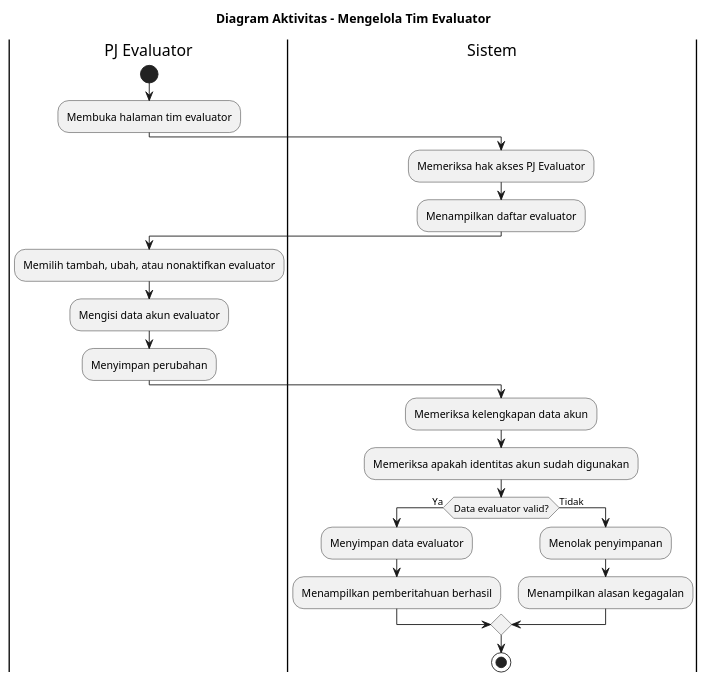
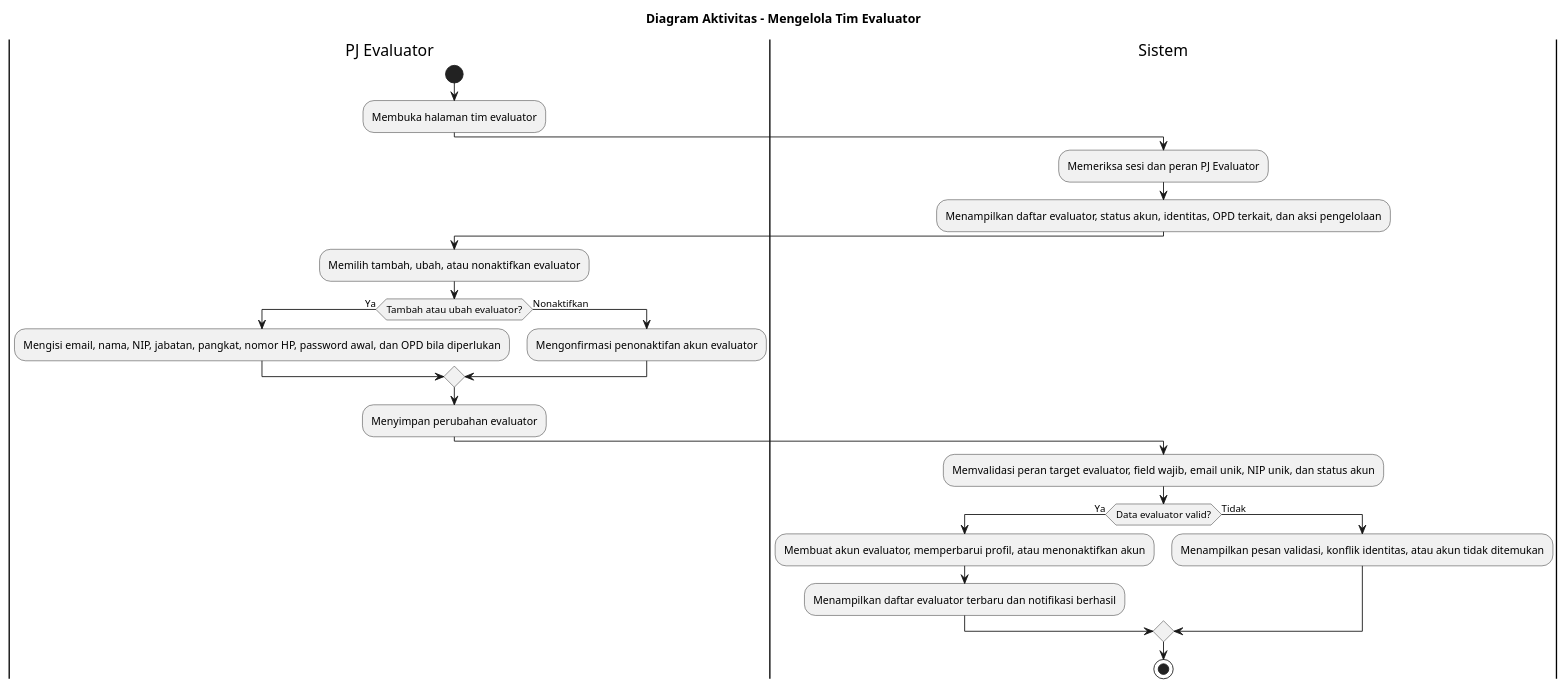
The diagram in docs/activity-diagram/lampiran/pj-evaluator-mengelola-tim-evaluator.md (howlil/sop-generate-app), drawn with PlantUML before and after one commit. The commit also changed other lines of this file and 90 other files, not shown here.

````diff
--- a/docs/activity-diagram/lampiran/pj-evaluator-mengelola-tim-evaluator.md
+++ b/docs/activity-diagram/lampiran/pj-evaluator-mengelola-tim-evaluator.md
@@ -16,31 +16,36 @@
 ```plantuml
 @startuml
 title Diagram Aktivitas - Mengelola Tim Evaluator
 
 |PJ Evaluator|
 start
 :Membuka halaman tim evaluator;
 
 |Sistem|
-:Memeriksa hak akses PJ Evaluator;
-:Menampilkan daftar evaluator;
+:Memeriksa sesi dan peran PJ Evaluator;
+:Menampilkan daftar evaluator, status akun, identitas, OPD terkait, dan aksi pengelolaan;
 
 |PJ Evaluator|
 :Memilih tambah, ubah, atau nonaktifkan evaluator;
-:Mengisi data akun evaluator;
-:Menyimpan perubahan;
+
+if (Tambah atau ubah evaluator?) then (Ya)
+  :Mengisi email, nama, NIP, jabatan, pangkat, nomor HP, password awal, dan OPD bila diperlukan;
+else (Nonaktifkan)
+  :Mengonfirmasi penonaktifan akun evaluator;
+endif
+
+:Menyimpan perubahan evaluator;
 
 |Sistem|
-:Memeriksa kelengkapan data akun;
-:Memeriksa apakah identitas akun sudah digunakan;
+:Memvalidasi peran target evaluator, field wajib, email unik, NIP unik, dan status akun;
+
 if (Data evaluator valid?) then (Ya)
-  :Menyimpan data evaluator;
-  :Menampilkan pemberitahuan berhasil;
+  :Membuat akun evaluator, memperbarui profil, atau menonaktifkan akun;
+  :Menampilkan daftar evaluator terbaru dan notifikasi berhasil;
 else (Tidak)
-  :Menolak penyimpanan;
-  :Menampilkan alasan kegagalan;
+  :Menampilkan pesan validasi, konflik identitas, atau akun tidak ditemukan;
 endif
 
 stop
 @enduml
 ```
````
